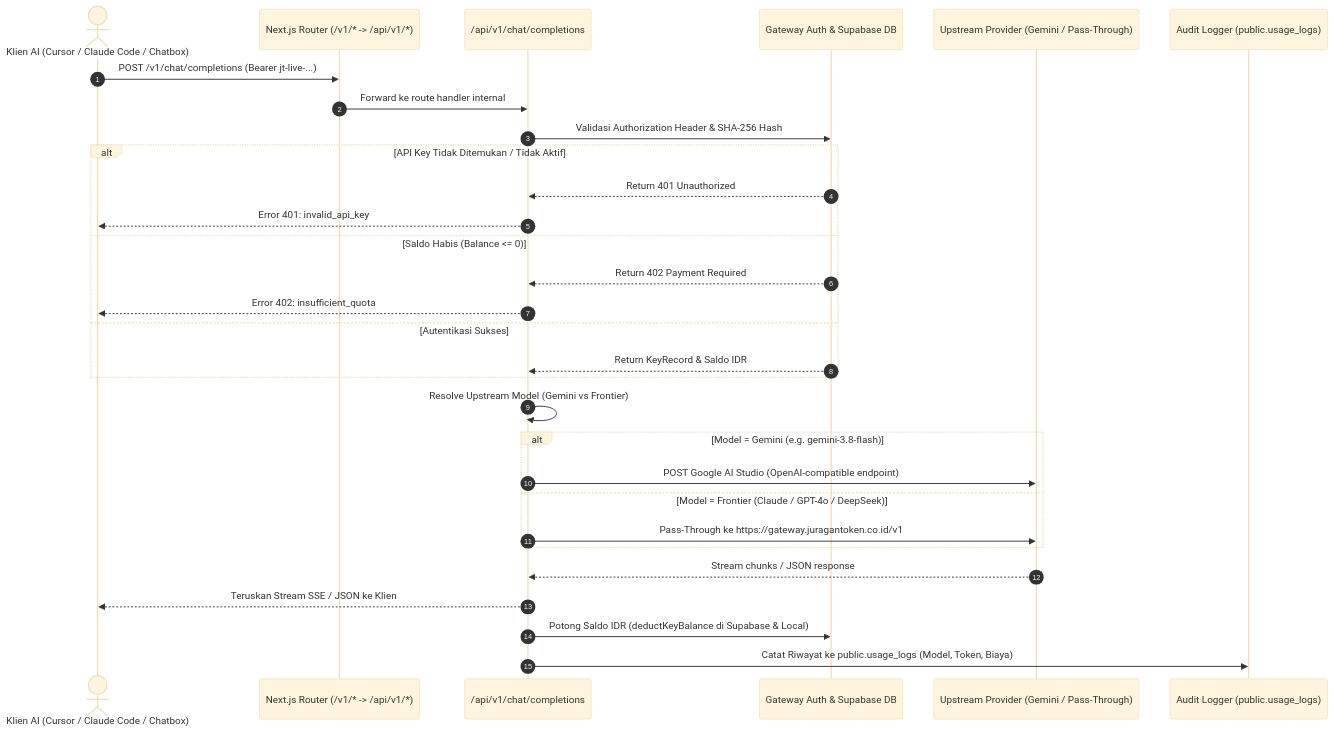
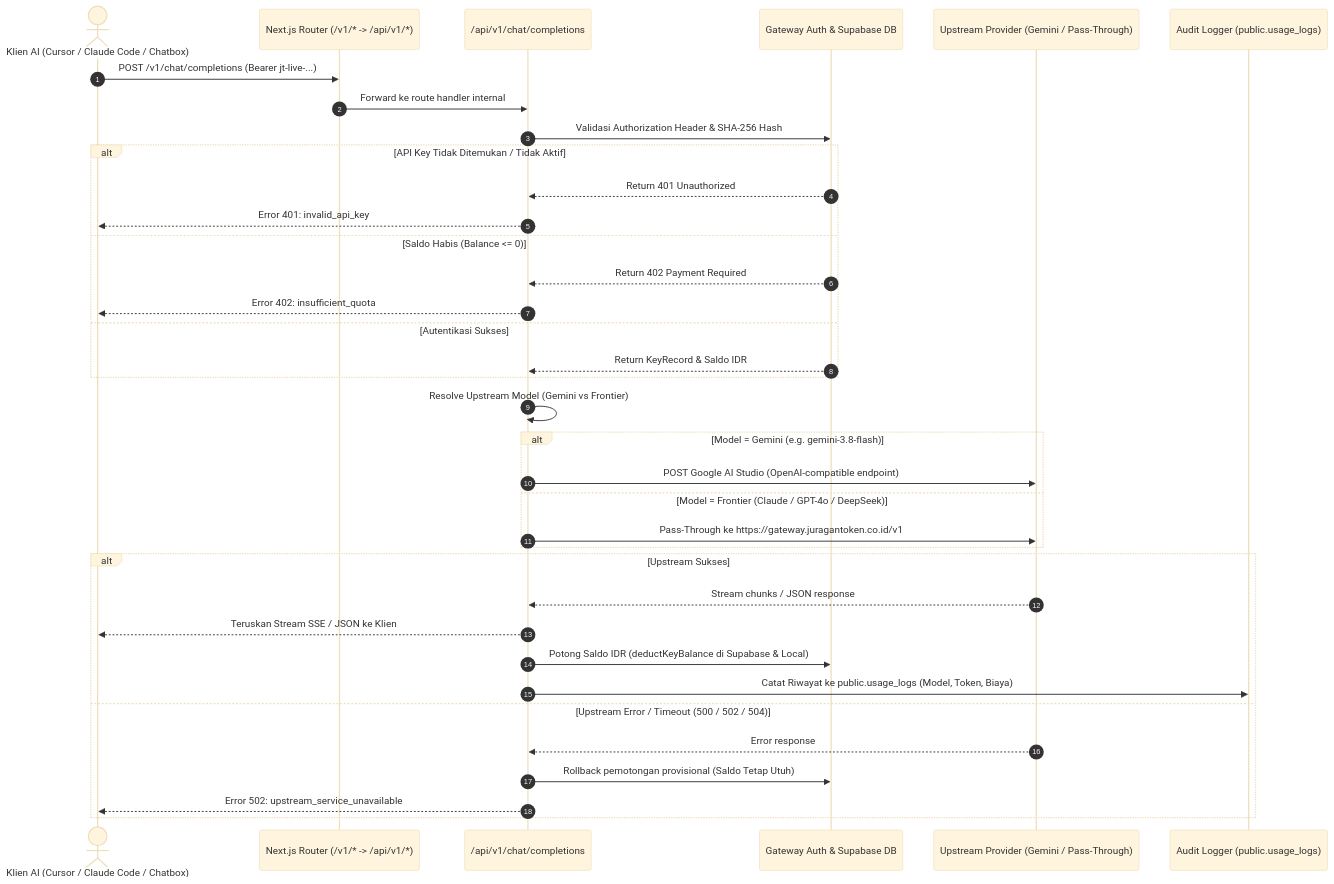
One commit to Whyzenn07/juragan-token-web changed the second of 5 diagrams in docs/PRD_JURAGAN_TOKEN.md. Above: the diagram before and after it, drawn with Mermaid (base theme). The commit also changed other lines of this file, not shown here.

````diff
--- a/docs/PRD_JURAGAN_TOKEN.md
+++ b/docs/PRD_JURAGAN_TOKEN.md
@@ -75,38 +96,43 @@
 ```mermaid
 sequenceDiagram
     autonumber
     actor Client as Klien AI (Cursor / Claude Code / Chatbox)
     participant Rewrite as Next.js Router (/v1/* -> /api/v1/*)
     participant Gateway as /api/v1/chat/completions
     participant Auth as Gateway Auth & Supabase DB
     participant Engine as Upstream Provider (Gemini / Pass-Through)
     participant Audit as Audit Logger (public.usage_logs)
 
     Client->>Rewrite: POST /v1/chat/completions (Bearer jt-live-...)
     Rewrite->>Gateway: Forward ke route handler internal
     Gateway->>Auth: Validasi Authorization Header & SHA-256 Hash
     
     alt API Key Tidak Ditemukan / Tidak Aktif
         Auth-->>Gateway: Return 401 Unauthorized
         Gateway-->>Client: Error 401: invalid_api_key
     else Saldo Habis (Balance <= 0)
         Auth-->>Gateway: Return 402 Payment Required
         Gateway-->>Client: Error 402: insufficient_quota
     else Autentikasi Sukses
         Auth-->>Gateway: Return KeyRecord & Saldo IDR
     end
 
     Gateway->>Gateway: Resolve Upstream Model (Gemini vs Frontier)
     
     alt Model = Gemini (e.g. gemini-3.8-flash)
         Gateway->>Engine: POST Google AI Studio (OpenAI-compatible endpoint)
     else Model = Frontier (Claude / GPT-4o / DeepSeek)
         Gateway->>Engine: Pass-Through ke https://gateway.juragantoken.co.id/v1
     end
 
-    Engine-->>Gateway: Stream chunks / JSON response
-    Gateway-->>Client: Teruskan Stream SSE / JSON ke Klien
-    
-    Gateway->>Auth: Potong Saldo IDR (deductKeyBalance di Supabase & Local)
-    Gateway->>Audit: Catat Riwayat ke public.usage_logs (Model, Token, Biaya)
+    alt Upstream Sukses
+        Engine-->>Gateway: Stream chunks / JSON response
+        Gateway-->>Client: Teruskan Stream SSE / JSON ke Klien
+        Gateway->>Auth: Potong Saldo IDR (deductKeyBalance di Supabase & Local)
+        Gateway->>Audit: Catat Riwayat ke public.usage_logs (Model, Token, Biaya)
+    else Upstream Error / Timeout (500 / 502 / 504)
+        Engine-->>Gateway: Error response
+        Gateway->>Auth: Rollback pemotongan provisional (Saldo Tetap Utuh)
+        Gateway-->>Client: Error 502: upstream_service_unavailable
+    end
 ```
````
